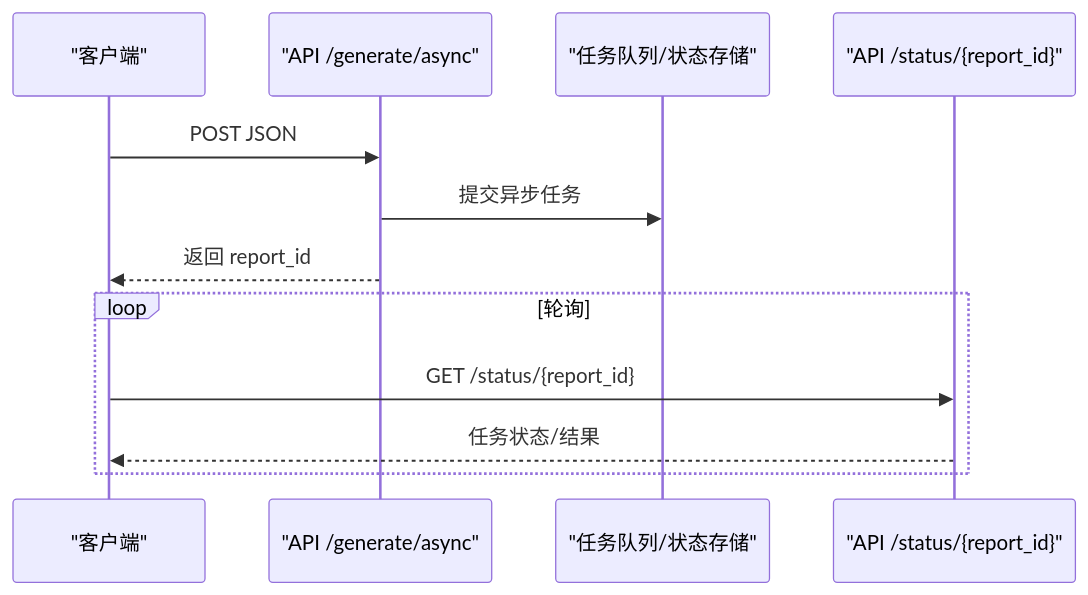
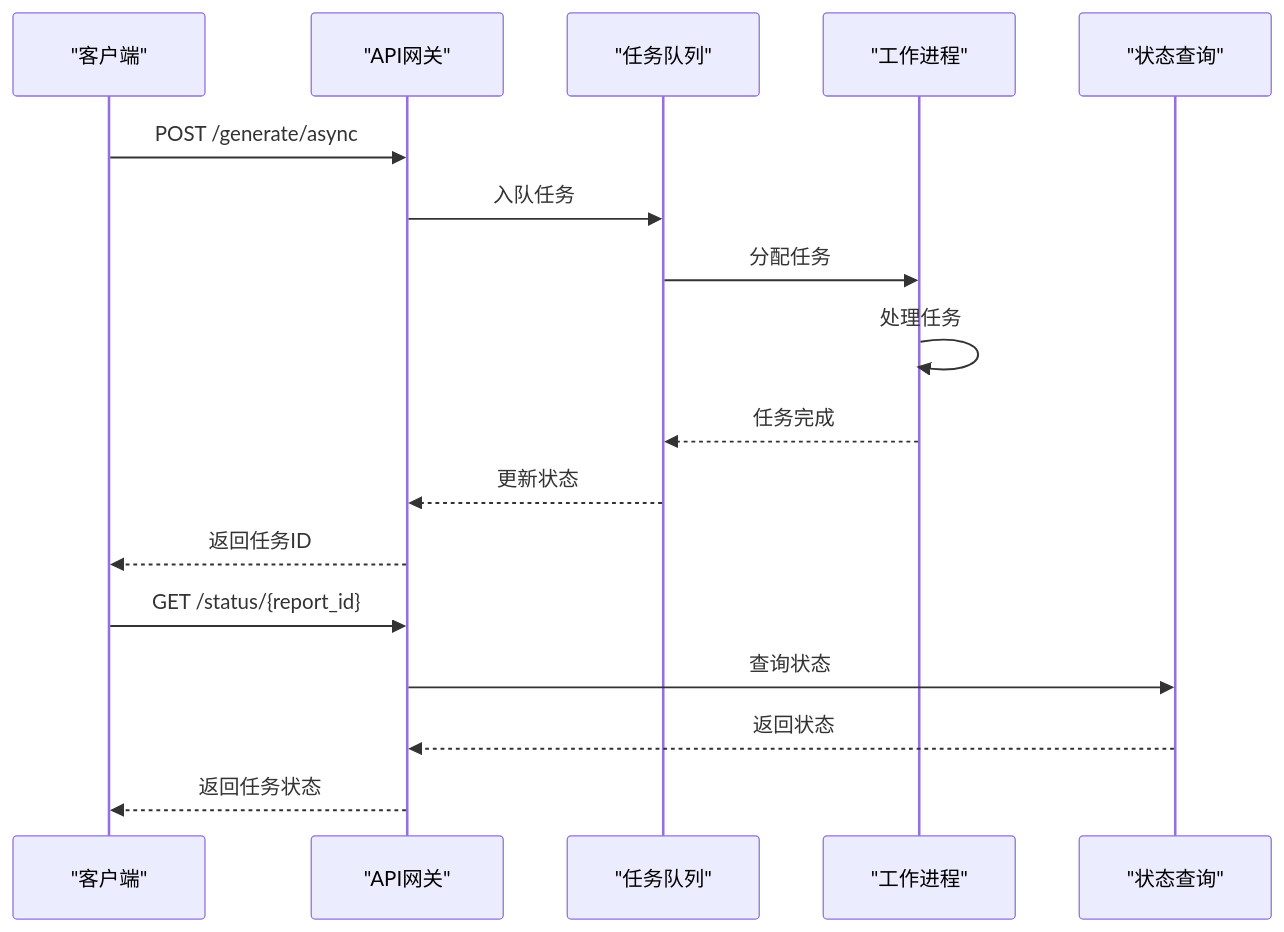
The sixth of 9 diagrams in .qoder/repowiki/zh/content/API接口参考.md (daoAgents/task-execution-summary), drawn with Mermaid before and after one commit. The commit also changed other lines of this file and 33 other files, not shown here.

````diff
--- a/.qoder/repowiki/zh/content/API接口参考.md
+++ b/.qoder/repowiki/zh/content/API接口参考.md
@@ -146,14 +754,19 @@
 ```mermaid
 sequenceDiagram
-participant C as "客户端"
-participant A1 as "API /generate/async"
-participant Q as "任务队列/状态存储"
-participant A2 as "API /status/{report_id}"
-C->>A1 : POST JSON
-A1->>Q : 提交异步任务
-A1-->>C : 返回 report_id
-loop 轮询
-C->>A2 : GET /status/{report_id}
-A2-->>C : 任务状态/结果
-end
+participant Client as "客户端"
+participant API as "API网关"
+participant Queue as "任务队列"
+participant Worker as "工作进程"
+participant Status as "状态查询"
+Client->>API : POST /generate/async
+API->>Queue : 入队任务
+Queue->>Worker : 分配任务
+Worker->>Worker : 处理任务
+Worker-->>Queue : 任务完成
+Queue-->>API : 更新状态
+API-->>Client : 返回任务ID
+Client->>API : GET /status/{report_id}
+API->>Status : 查询状态
+Status-->>API : 返回状态
+API-->>Client : 返回任务状态
 ```
````
